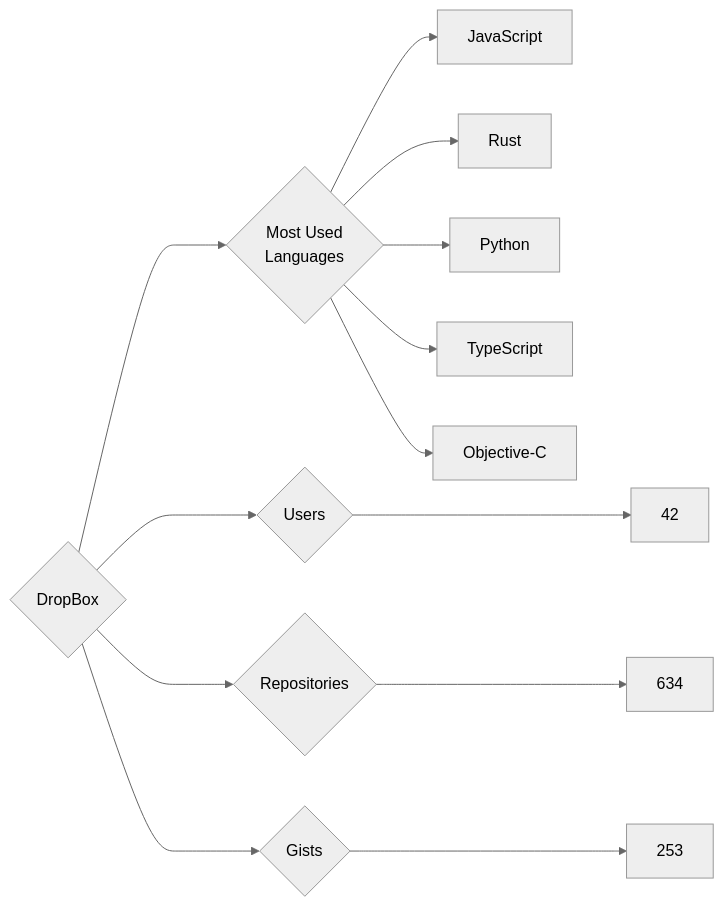
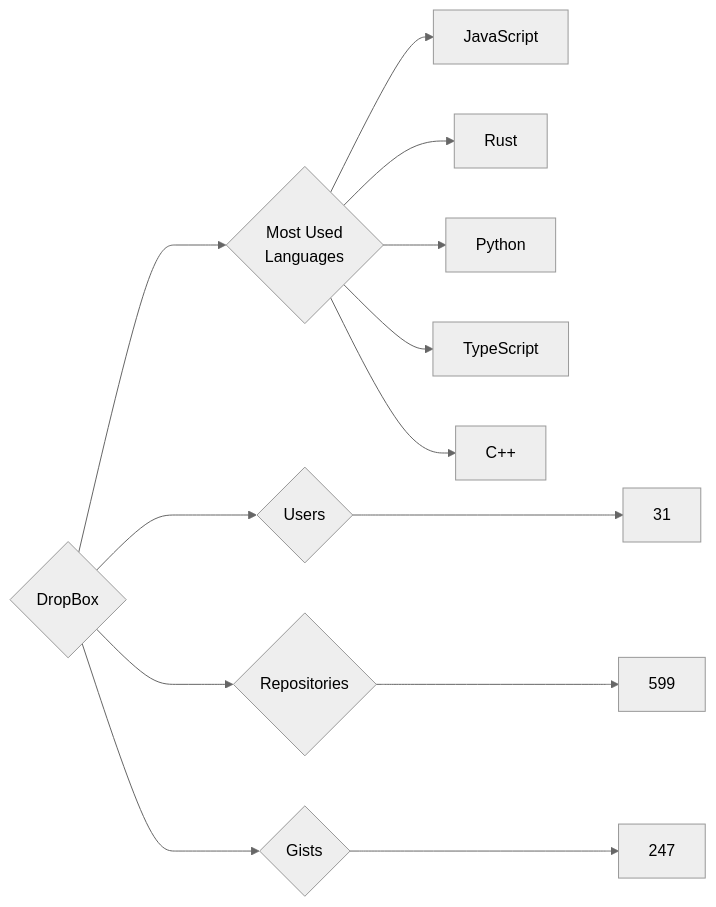
The diagram in targets/DropBox/README.md (trickest/insiders), drawn with Mermaid (neutral theme) before and after one commit. The commit also changed 782 other files, not shown here.

````diff
--- a/targets/DropBox/README.md
+++ b/targets/DropBox/README.md
@@ -3,13 +3,13 @@
 ```mermaid
 graph LR
 COMPANY_NAME{DropBox}
-COMPANY_NAME ---> U{Users} ---> UN[42]
-COMPANY_NAME ---> R{Repositories} ---> RN[634]
-COMPANY_NAME ---> G{Gists} ---> GN[253]
+COMPANY_NAME ---> U{Users} ---> UN[31]
+COMPANY_NAME ---> R{Repositories} ---> RN[599]
+COMPANY_NAME ---> G{Gists} ---> GN[247]
 COMPANY_NAME ---> ML{Most Used<br>Languages}
 ML --> JavaScript[JavaScript]
 ML --> Rust[Rust]
 ML --> Python[Python]
 ML --> TypeScript[TypeScript]
-ML --> Objective-C[Objective-C]
+ML --> C++[C++]
 ```
````
